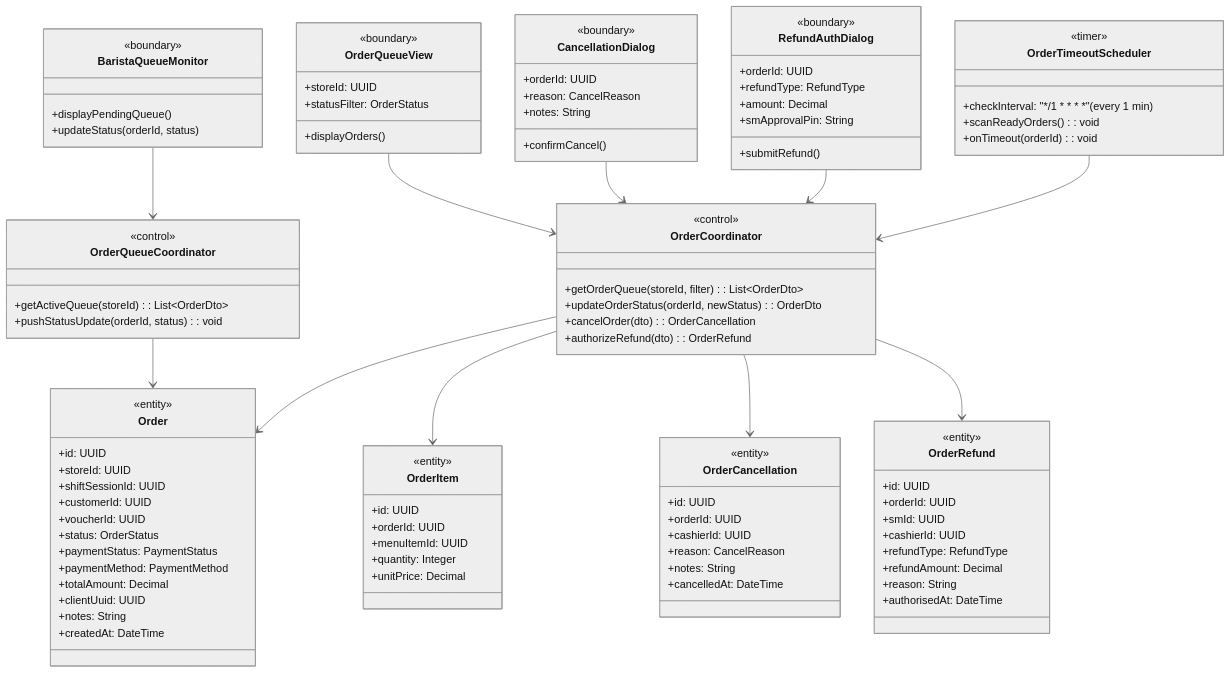
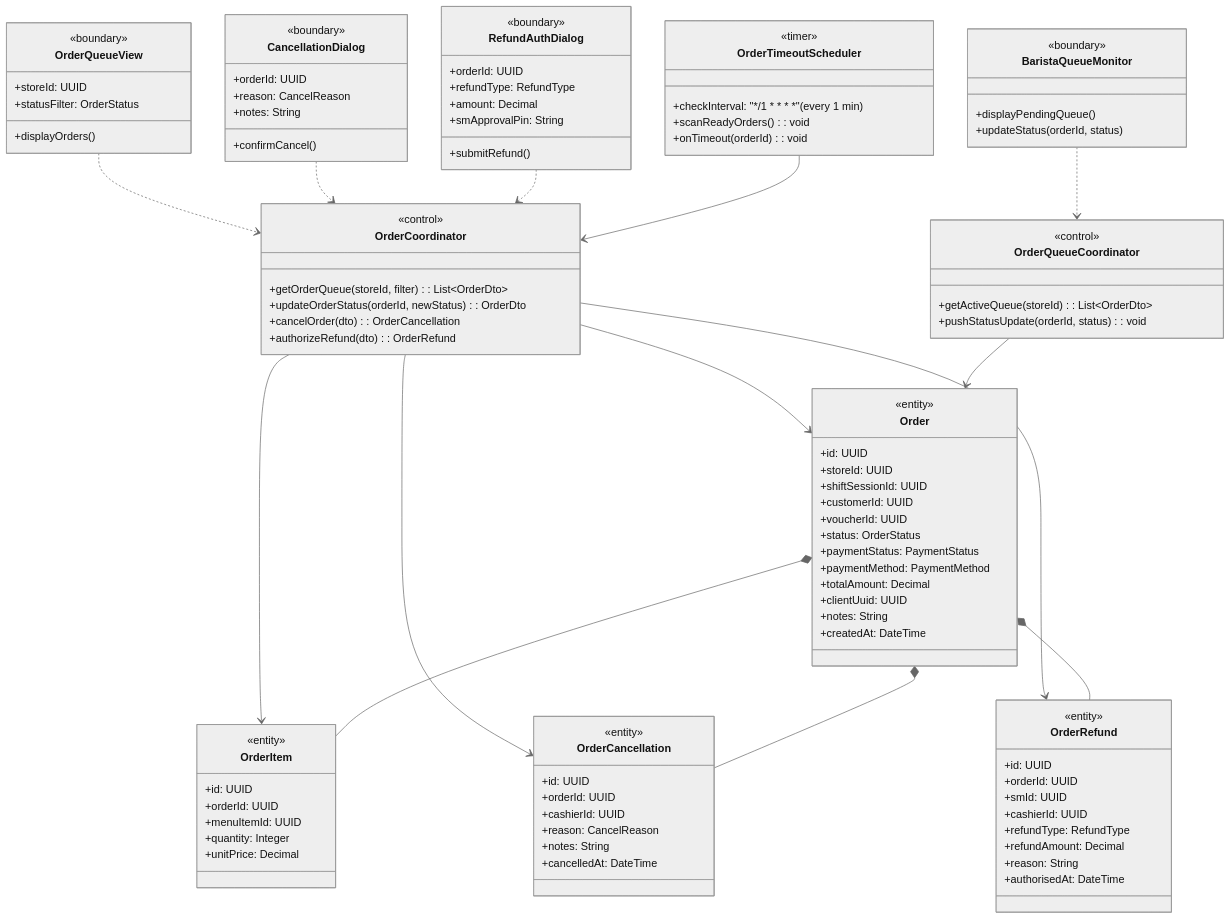
One commit to Shaichi/Khoga_coffe_shop changed the first of 5 diagrams in rds_sections/11_detailed_3_8_order_management.md. Above: the diagram before and after it, drawn with Mermaid (neutral theme). The commit also changed 11 other files, not shown here.

Commit message:
docs: standardize class diagram arrows to UML/Visual Paradigm conventions (dependency, association, composition)

````diff
--- a/rds_sections/11_detailed_3_8_order_management.md
+++ b/rds_sections/11_detailed_3_8_order_management.md
@@ -96,14 +96,17 @@
         +authorisedAt: DateTime
     }
 
-    OrderQueueView --> OrderCoordinator
-    BaristaQueueMonitor --> OrderQueueCoordinator
-    CancellationDialog --> OrderCoordinator
-    RefundAuthDialog --> OrderCoordinator
+    OrderQueueView ..> OrderCoordinator
+    BaristaQueueMonitor ..> OrderQueueCoordinator
+    CancellationDialog ..> OrderCoordinator
+    RefundAuthDialog ..> OrderCoordinator
     OrderTimeoutScheduler --> OrderCoordinator
     OrderCoordinator --> Order
     OrderCoordinator --> OrderItem
     OrderCoordinator --> OrderCancellation
     OrderCoordinator --> OrderRefund
     OrderQueueCoordinator --> Order
+    Order *-- OrderItem
+    Order *-- OrderCancellation
+    Order *-- OrderRefund
 ```
````
